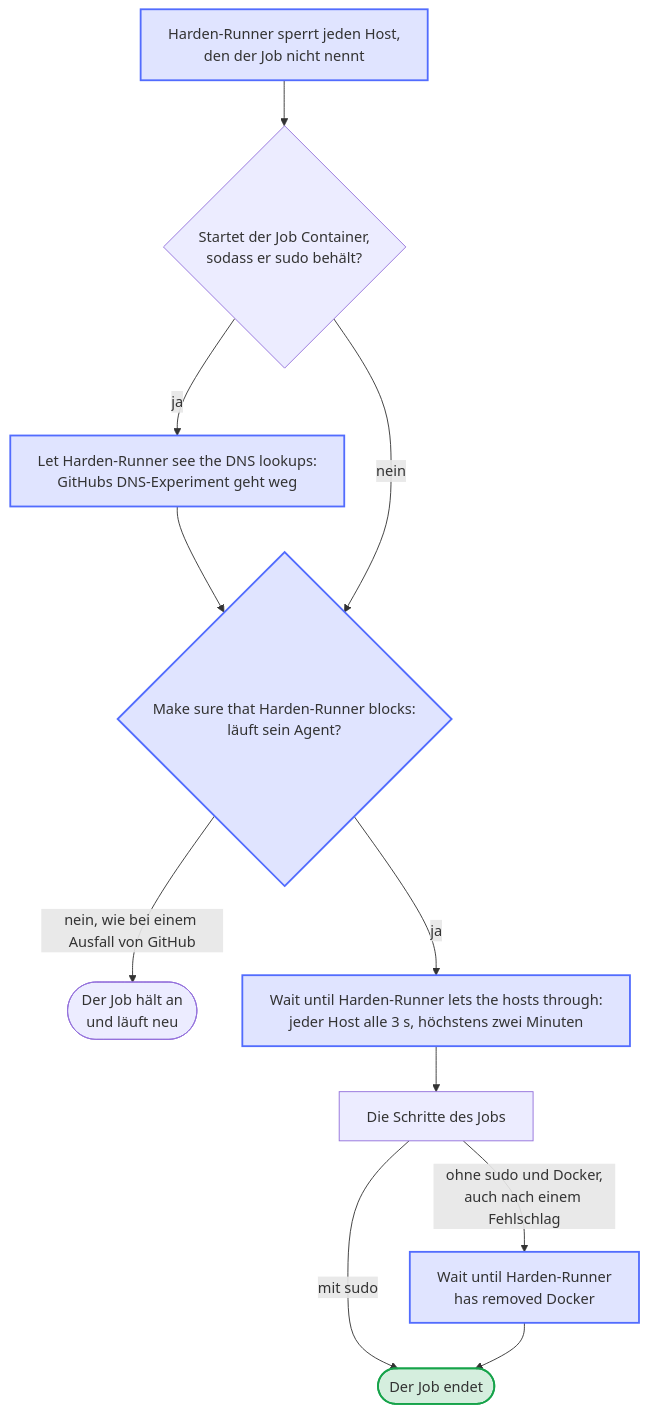
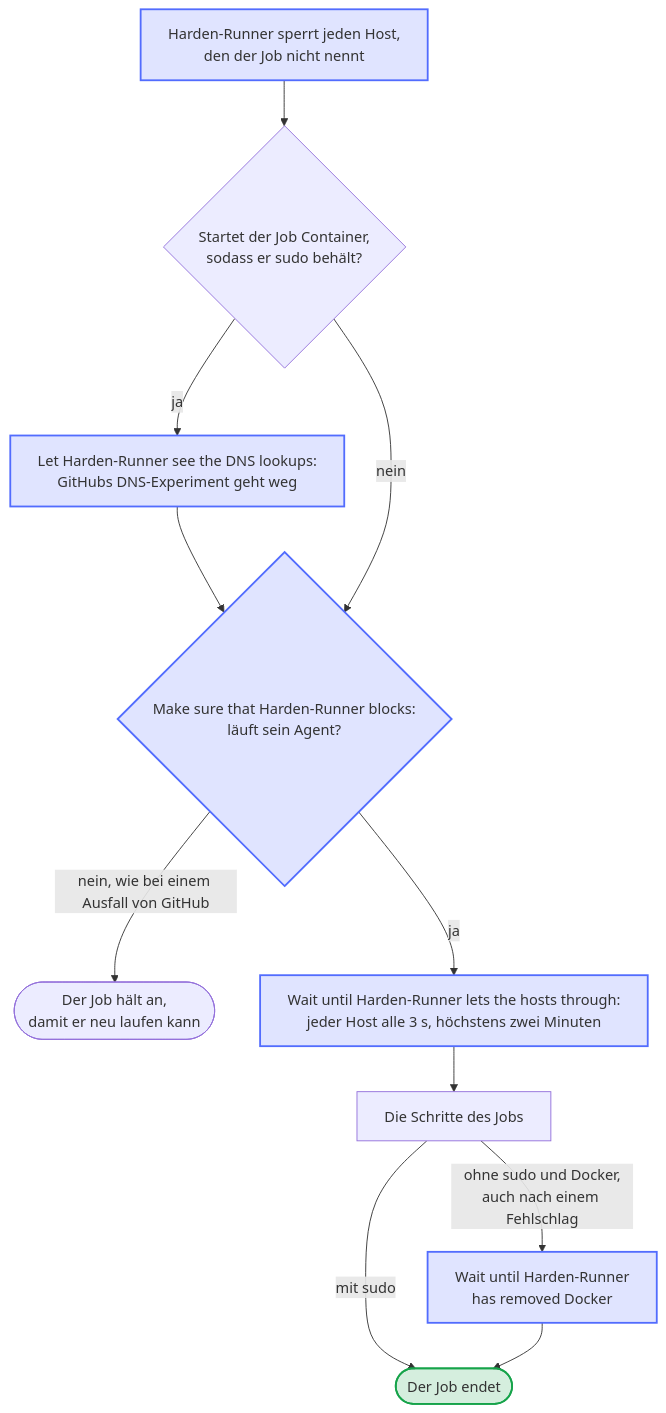
Before and after one commit to Dennis-Otto/homedarts-for-autodarts: the diagram in docs/diagrams/job-behind-harden-runner.de.mmd, drawn with Mermaid. The commit also changed 8 other files, not shown here.

```diff
--- a/docs/diagrams/job-behind-harden-runner.de.mmd
+++ b/docs/diagrams/job-behind-harden-runner.de.mmd
@@ -1,22 +1,22 @@
 ---
 config:
   flowchart:
     wrappingWidth: 400
 ---
 flowchart TB
   accTitle: Die Schritte eines Jobs hinter Harden-Runner
-  accDescr: Harden-Runner sperrt jeden Host, den der Job nicht nennt. Ein Job, der Container startet, behält sudo und nimmt GitHubs DNS-Experiment weg. Jeder Job stellt dann sicher, dass der Agent von Harden-Runner sperrt, und hält an, wenn nicht, um neu zu laufen. Er fragt alle 3 Sekunden seine Hosts, höchstens zwei Minuten lang, bis Harden-Runner sie durchlässt, und führt seine Schritte aus. Ein Job ohne sudo und Docker endet erst, wenn Harden-Runner Docker entfernt hat, auch nach einem Fehlschlag.
+  accDescr: Harden-Runner sperrt jeden Host, den der Job nicht nennt. Ein Job, der Container startet, behält sudo und nimmt GitHubs DNS-Experiment weg. Jeder Job stellt dann sicher, dass der Agent von Harden-Runner sperrt, und hält an, wenn nicht, damit er neu laufen kann. Er fragt alle 3 Sekunden seine Hosts, höchstens zwei Minuten lang, bis Harden-Runner sie durchlässt, und führt seine Schritte aus. Ein Job ohne sudo und Docker endet erst, wenn Harden-Runner Docker entfernt hat, auch nach einem Fehlschlag.
   BLOCK["Harden-Runner sperrt jeden Host,<br/>den der Job nicht nennt"] --> SUDO{"Startet der Job Container,<br/>sodass er sudo behält?"}
   SUDO -- "ja" --> LOOKUPS["Let Harden-Runner see the DNS lookups:<br/>GitHubs DNS-Experiment geht weg"]
   LOOKUPS --> SURE
   SUDO -- "nein" --> SURE{"Make sure that Harden-Runner blocks:<br/>läuft sein Agent?"}
-  SURE -- "nein, wie bei einem Ausfall von GitHub" --> STOP(["Der Job hält an<br/>und läuft neu"])
+  SURE -- "nein, wie bei einem Ausfall von GitHub" --> STOP(["Der Job hält an,<br/>damit er neu laufen kann"])
   SURE -- "ja" --> WAIT["Wait until Harden-Runner lets the hosts through:<br/>jeder Host alle 3 s, höchstens zwei Minuten"]
   WAIT --> STEPS["Die Schritte des Jobs"]
   STEPS -- "mit sudo" --> END(["Der Job endet"])
   STEPS -- "ohne sudo und Docker,<br/>auch nach einem Fehlschlag" --> DOCKER["Wait until Harden-Runner<br/>has removed Docker"]
   DOCKER --> END
   classDef bot fill:#526cfe2e,stroke:#526cfe,stroke-width:2px
   classDef done fill:#16a34a2e,stroke:#16a34a,stroke-width:2px
   class BLOCK,LOOKUPS,SURE,WAIT,DOCKER bot
   class END done
```
